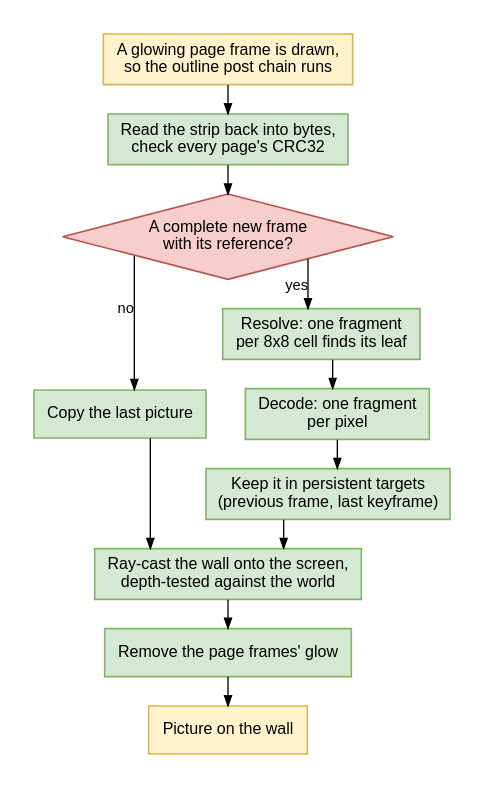
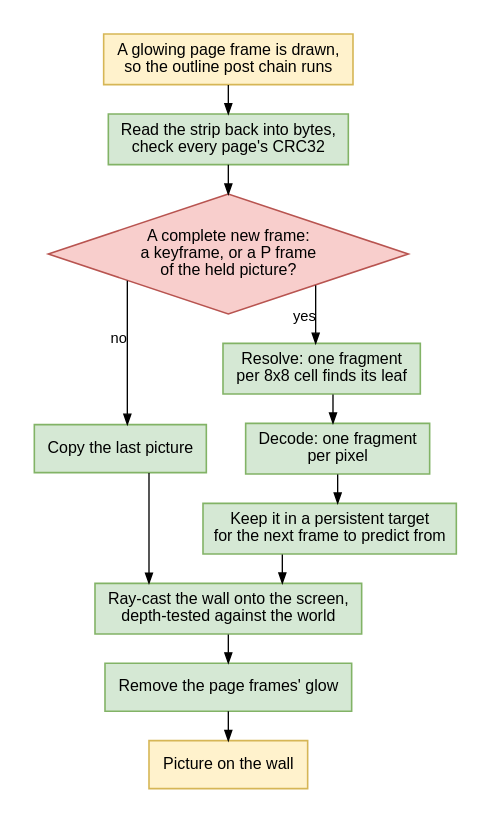
Before and after one commit to PulseBeat02/mcav: the diagram in tools/mcv2/figures/decode.dot, drawn with Graphviz. The commit also changed 3 other files, not shown here.

Commit message:
Docs: the decode and leaf diagrams show version 3: one held picture, SKIP at the same place

```diff
--- a/tools/mcv2/figures/decode.dot
+++ b/tools/mcv2/figures/decode.dot
@@ -1,29 +1,29 @@
 // What the resource pack's post chain does on every rendered frame while a page frame is in view.
 digraph decode {
   rankdir=TB;
   bgcolor="white";
   pad=0.25;
   nodesep=0.4;
   ranksep=0.3;
   splines=ortho;
   node [shape=box, style="filled", fillcolor="#d5e8d4", color="#82b366", fontname="Liberation Sans", fontsize=12, fontcolor="black", margin="0.14,0.09", penwidth=1.2];
   edge [color="black", arrowsize=0.75, penwidth=1.0, fontname="Liberation Sans", fontsize=11, fontcolor="black"];
 
   glow [label="A glowing page frame is drawn,\nso the outline post chain runs", fillcolor="#fff2cc", color="#d6b656"];
   pages [label="Read the strip back into bytes,\ncheck every page's CRC32"];
-  decide [shape=diamond, label="A complete new frame\nwith its reference?", fillcolor="#f8cecc", color="#b85450", margin="0.04,0.04"];
+  decide [shape=diamond, label="A complete new frame:\na keyframe, or a P frame\nof the held picture?", fillcolor="#f8cecc", color="#b85450", margin="0.04,0.04"];
   copy [label="Copy the last picture"];
   resolve [label="Resolve: one fragment\nper 8x8 cell finds its leaf"];
   decode [label="Decode: one fragment\nper pixel"];
-  keep [label="Keep it in persistent targets\n(previous frame, last keyframe)"];
+  keep [label="Keep it in a persistent target\nfor the next frame to predict from"];
   screen [label="Ray-cast the wall onto the screen,\ndepth-tested against the world"];
   outline [label="Remove the page frames' glow"];
   shown [label="Picture on the wall", fillcolor="#fff2cc", color="#d6b656"];
 
   glow -> pages -> decide;
   decide -> copy [xlabel="no"];
   decide -> resolve [xlabel="yes"];
   resolve -> decode -> keep -> screen;
   copy -> screen;
   screen -> outline -> shown;
 }
```
